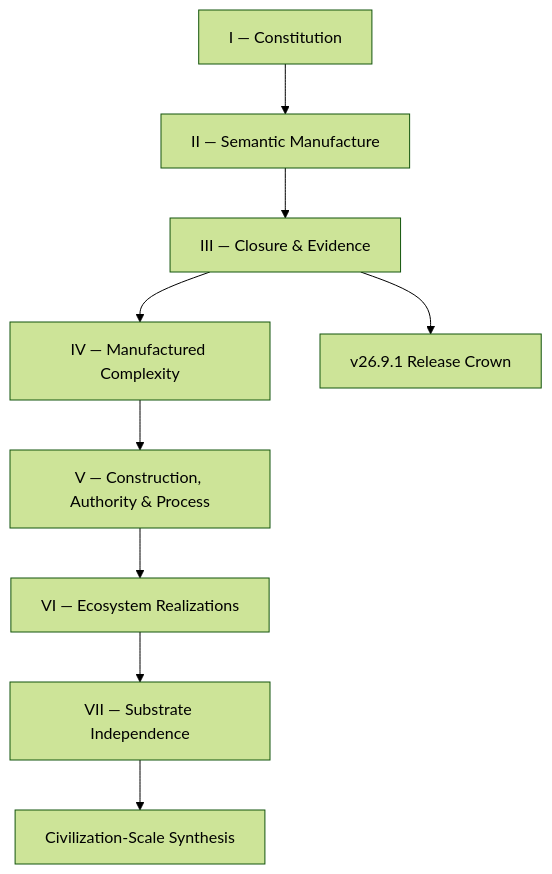
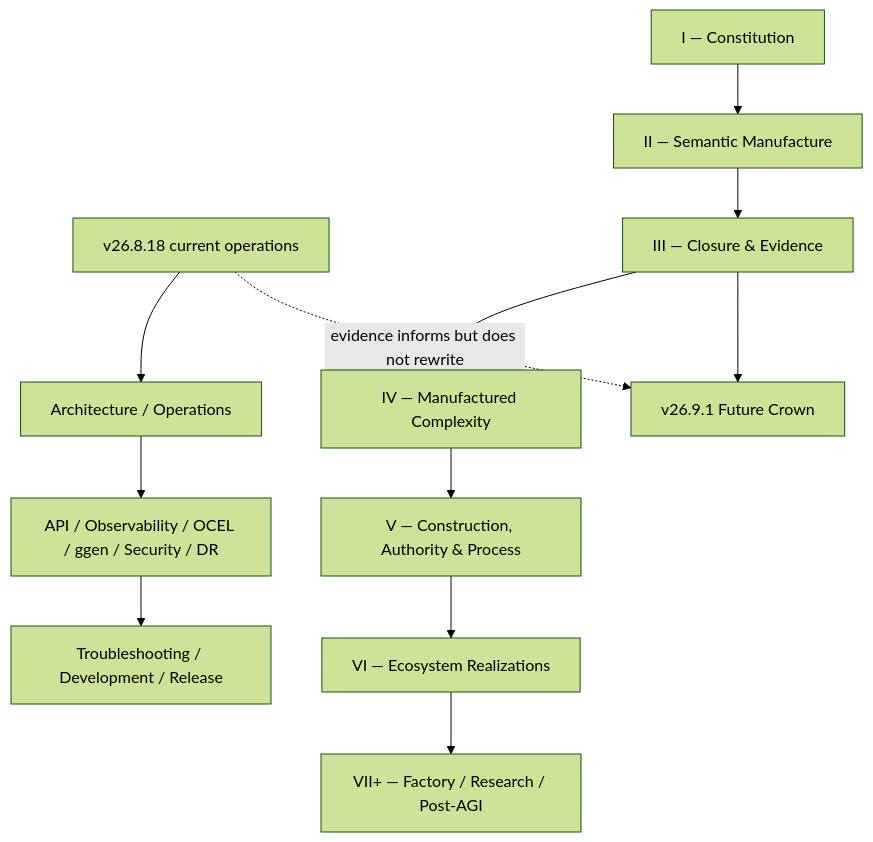
One commit to seanchatmangpt/chatman-ecosystem changed the diagram in docs/00-reading-map.md. Above: the diagram before and after it, drawn with Mermaid (forest theme). The commit also changed other lines of this file and 20 other files, not shown here.

````diff
--- a/docs/00-reading-map.md
+++ b/docs/00-reading-map.md
@@ -7,11 +13,16 @@
 ```mermaid
 flowchart TB
+    CUR["v26.8.18 current operations"] --> A["Architecture / Operations"]
+    A --> API["API / Observability / OCEL / ggen / Security / DR"]
+    API --> RUN["Troubleshooting / Development / Release"]
+
     P1["I — Constitution"] --> P2["II — Semantic Manufacture"]
     P2 --> P3["III — Closure & Evidence"]
     P3 --> P4["IV — Manufactured Complexity"]
     P4 --> P5["V — Construction, Authority & Process"]
     P5 --> P6["VI — Ecosystem Realizations"]
-    P6 --> P7["VII — Substrate Independence"]
-    P3 --> REL["v26.9.1 Release Crown"]
-    P7 --> CIV["Civilization-Scale Synthesis"]
+    P6 --> P7["VII+ — Factory / Research / Post-AGI"]
+    P3 --> REL["v26.9.1 Future Crown"]
+
+    CUR -. evidence informs but does not rewrite .-> REL
 ```
````
